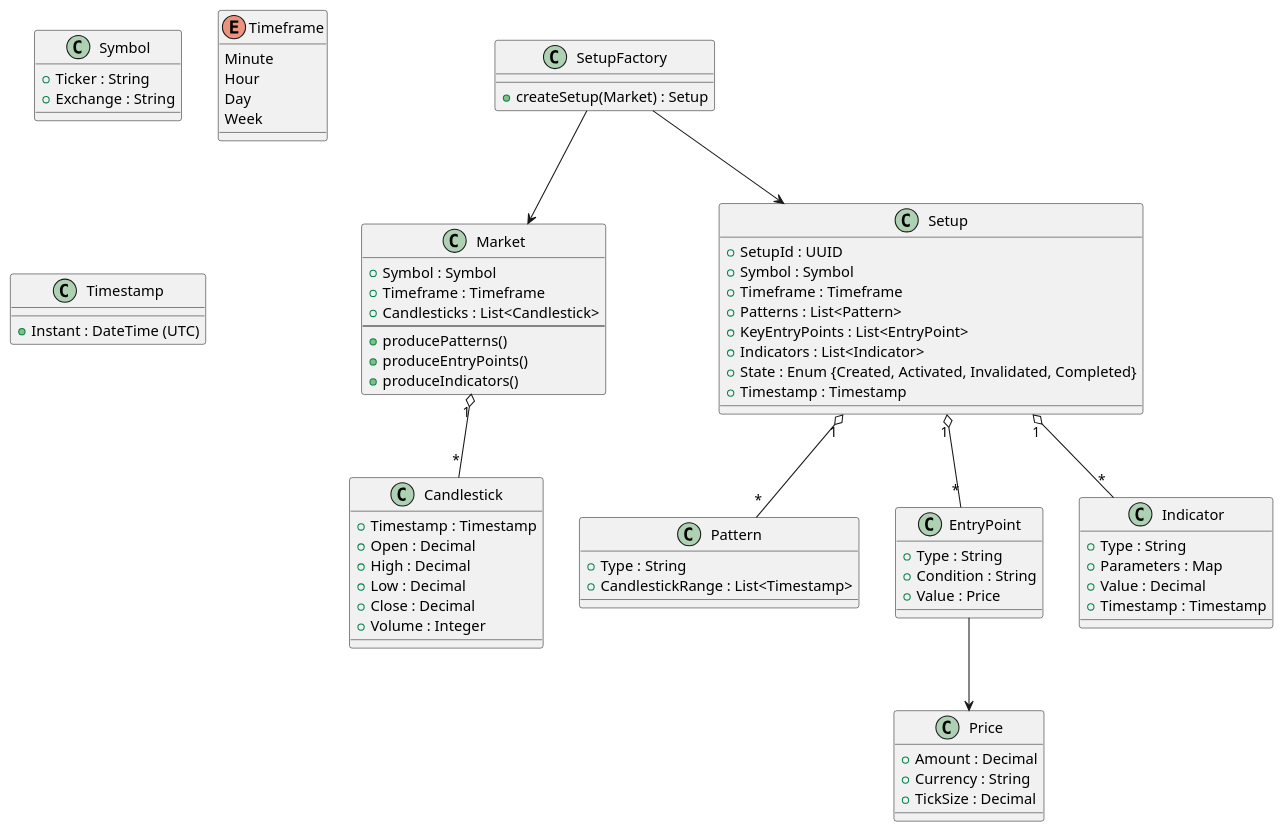
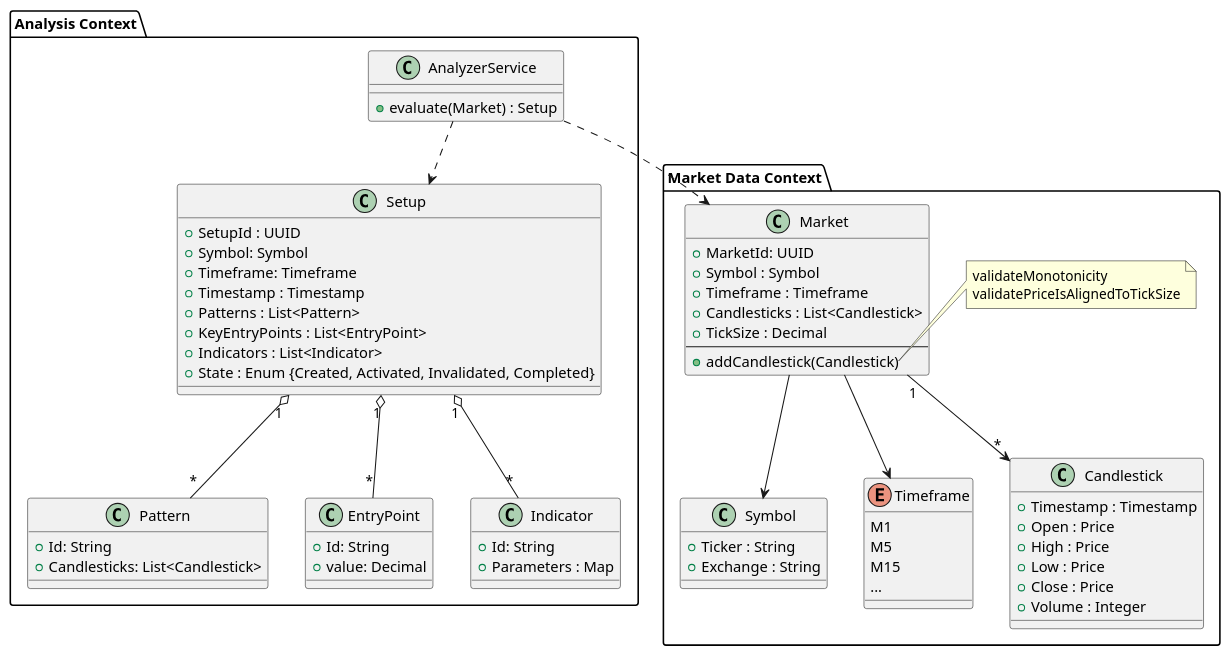
The diagram in docs/class_diagram.puml (alngo/Patseeker), drawn with PlantUML before and after one commit.

Commit message:
Fix class diagram

```diff
--- a/docs/class_diagram.puml
+++ b/docs/class_diagram.puml
@@ -1,100 +1,85 @@
 @startuml
-' ===========================
-' Value Objects
-' ===========================
+package "Market Data Context" {
+
+class Market {
+  +MarketId: UUID
+  +Symbol : Symbol
+  +Timeframe : Timeframe
+  +Candlesticks : List<Candlestick>
+  +TickSize : Decimal
+  --
+  + addCandlestick(Candlestick)
+}
+
+note right of Market::addCandlestick
+  validateMonotonicity
+  validatePriceIsAlignedToTickSize
+end note
 
 class Symbol {
   +Ticker : String
   +Exchange : String
 }
 
 enum Timeframe {
-  Minute
-  Hour
-  Day
-  Week
-}
-
-class Timestamp {
-  +Instant : DateTime (UTC)
-}
-
-class Price {
-  +Amount : Decimal
-  +Currency : String
-  +TickSize : Decimal
+  M1
+  M5
+  M15
+  ...
 }
 
 class Candlestick {
   +Timestamp : Timestamp
-  +Open : Decimal
-  +High : Decimal
-  +Low : Decimal
-  +Close : Decimal
+  +Open : Price
+  +High : Price
+  +Low : Price
+  +Close : Price
   +Volume : Integer
 }
 
-class Pattern {
-  +Type : String
-  +CandlestickRange : List<Timestamp>
+Market "1" --> "*" Candlestick
+Market --> Symbol
+Market --> Timeframe
+
 }
 
-class EntryPoint {
-  +Type : String
-  +Condition : String
-  +Value : Price
-}
+package "Analysis Context" {
 
-class Indicator {
-  +Type : String
-  +Parameters : Map
-  +Value : Decimal
-  +Timestamp : Timestamp
-}
-
-' ===========================
-' Aggregates
-' ===========================
-
-class Market {
-  +Symbol : Symbol
-  +Timeframe : Timeframe
-  +Candlesticks : List<Candlestick>
-  --
-  +producePatterns()
-  +produceEntryPoints()
-  +produceIndicators()
+class AnalyzerService {
+  +evaluate(Market) : Setup
 }
 
 class Setup {
   +SetupId : UUID
-  +Symbol : Symbol
-  +Timeframe : Timeframe
+  +Symbol: Symbol
+  +Timeframe: Timeframe
+  +Timestamp : Timestamp
   +Patterns : List<Pattern>
   +KeyEntryPoints : List<EntryPoint>
   +Indicators : List<Indicator>
   +State : Enum {Created, Activated, Invalidated, Completed}
-  +Timestamp : Timestamp
 }
 
-' ===========================
-' Domain Service
-' ===========================
-
-class SetupFactory {
-  +createSetup(Market) : Setup
+class Pattern {
+  +Id: String
+  +Candlesticks: List<Candlestick>
 }
 
-' ===========================
-' Relationships
-' ===========================
+class EntryPoint {
+  +Id: String
+  +value: Decimal
+}
 
-Market "1" o-- "*" Candlestick
-SetupFactory --> Market
-SetupFactory --> Setup
+class Indicator {
+  +Id: String
+  +Parameters : Map
+}
+
+Setup "1" o-- "*" Indicator
 Setup "1" o-- "*" Pattern
 Setup "1" o-- "*" EntryPoint
-Setup "1" o-- "*" Indicator
-EntryPoint --> Price
+AnalyzerService ..> Market
+AnalyzerService ..> Setup
 
+}
 @enduml
```
